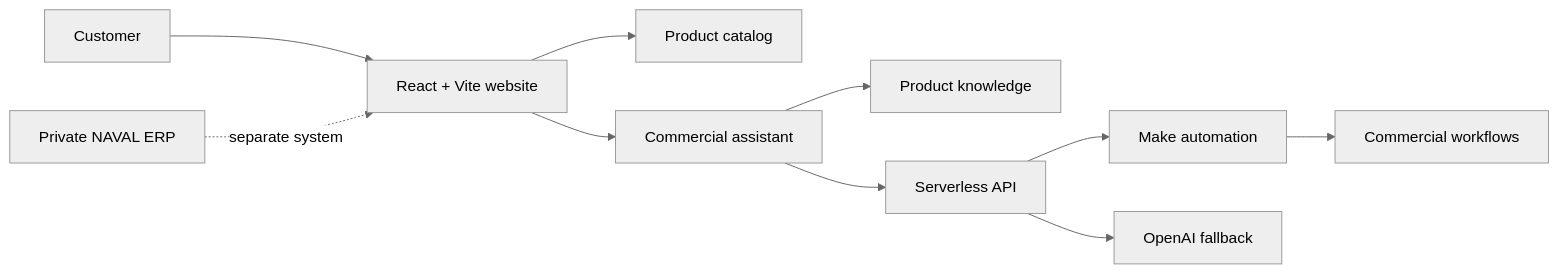
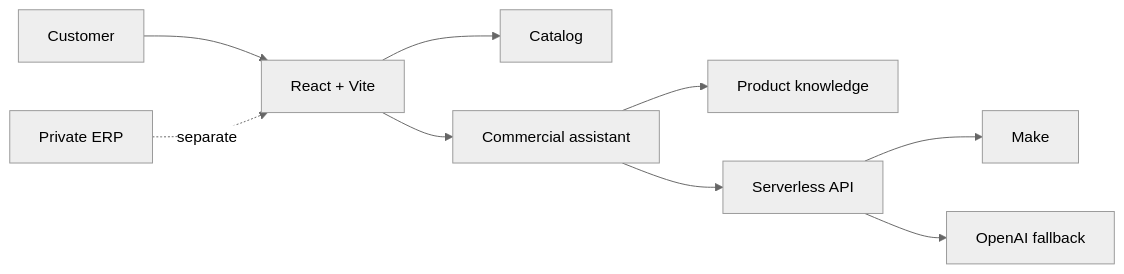
The diagram in README.md (diegofrancoe/naval-web-platform), drawn with Mermaid (neutral theme) before and after one commit. The commit also changed other lines of this file, not shown here.

```diff
--- a/README.md
+++ b/README.md
@@ -24,12 +17,11 @@
 ~~~mermaid
 flowchart LR
- C[Customer] --> W[React + Vite website]
- W --> CAT[Product catalog]
+ C[Customer] --> W[React + Vite]
+ W --> CAT[Catalog]
  W --> CHAT[Commercial assistant]
  CHAT --> K[Product knowledge]
  CHAT --> API[Serverless API]
- API --> M[Make automation]
+ API --> M[Make]
  API --> O[OpenAI fallback]
- M --> N[Commercial workflows]
- ERP[Private NAVAL ERP] -. separate system .-> W
+ ERP[Private ERP] -. separate .-> W
 ~~~
```
